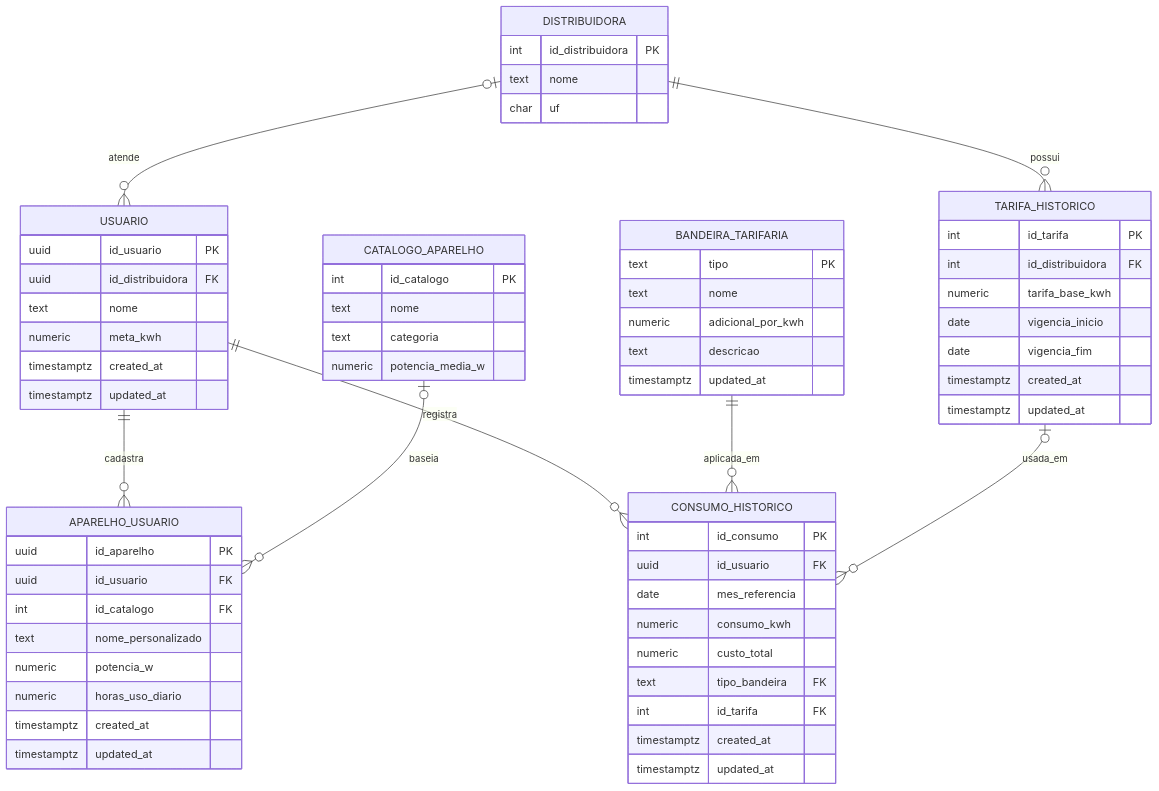
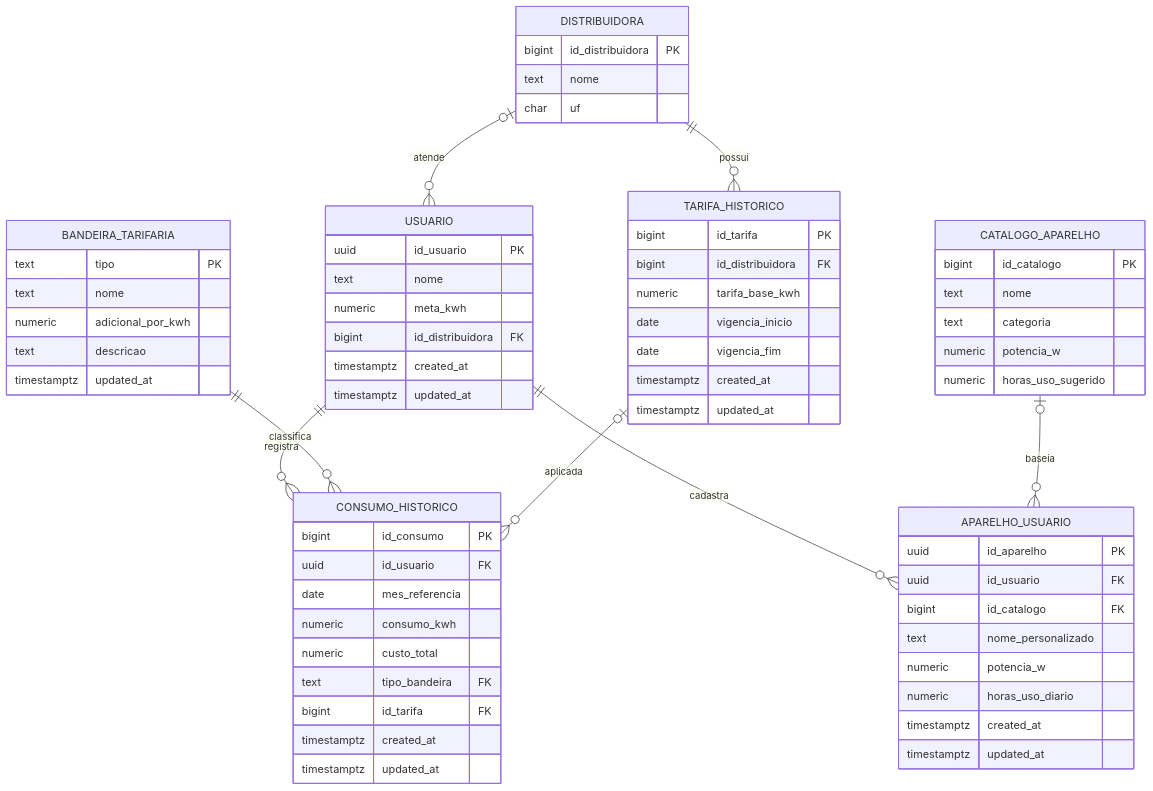
The second of 2 diagrams in README.md (Wadriancodes/EnergiaInteligente), drawn with Mermaid before and after one commit. The commit also changed other lines of this file, not shown here.

````diff
--- a/README.md
+++ b/README.md
@@ -57,67 +67,68 @@
 ```mermaid
 erDiagram
+    DISTRIBUIDORA ||--o{ TARIFA_HISTORICO : possui
     DISTRIBUIDORA |o--o{ USUARIO : atende
-    DISTRIBUIDORA ||--o{ TARIFA_HISTORICO : possui
     USUARIO ||--o{ APARELHO_USUARIO : cadastra
     USUARIO ||--o{ CONSUMO_HISTORICO : registra
     CATALOGO_APARELHO |o--o{ APARELHO_USUARIO : baseia
-    BANDEIRA_TARIFARIA ||--o{ CONSUMO_HISTORICO : aplicada_em
-    TARIFA_HISTORICO |o--o{ CONSUMO_HISTORICO : usada_em
+    BANDEIRA_TARIFARIA ||--o{ CONSUMO_HISTORICO : classifica
+    TARIFA_HISTORICO |o--o{ CONSUMO_HISTORICO : aplicada
 
     DISTRIBUIDORA {
-        int id_distribuidora PK
+        bigint id_distribuidora PK
         text nome
         char uf
     }
     CATALOGO_APARELHO {
-        int id_catalogo PK
+        bigint id_catalogo PK
         text nome
         text categoria
-        numeric potencia_media_w
+        numeric potencia_w
+        numeric horas_uso_sugerido
     }
     BANDEIRA_TARIFARIA {
         text tipo PK
         text nome
         numeric adicional_por_kwh
         text descricao
         timestamptz updated_at
     }
     USUARIO {
         uuid id_usuario PK
-        uuid id_distribuidora FK
         text nome
         numeric meta_kwh
+        bigint id_distribuidora FK
         timestamptz created_at
         timestamptz updated_at
     }
     TARIFA_HISTORICO {
-        int id_tarifa PK
-        int id_distribuidora FK
+        bigint id_tarifa PK
+        bigint id_distribuidora FK
         numeric tarifa_base_kwh
         date vigencia_inicio
         date vigencia_fim
         timestamptz created_at
         timestamptz updated_at
     }
     APARELHO_USUARIO {
         uuid id_aparelho PK
         uuid id_usuario FK
-        int id_catalogo FK
+        bigint id_catalogo FK
         text nome_personalizado
         numeric potencia_w
         numeric horas_uso_diario
         timestamptz created_at
         timestamptz updated_at
     }
     CONSUMO_HISTORICO {
-        int id_consumo PK
+        bigint id_consumo PK
         uuid id_usuario FK
         date mes_referencia
         numeric consumo_kwh
         numeric custo_total
         text tipo_bandeira FK
-        int id_tarifa FK
+        bigint id_tarifa FK
         timestamptz created_at
         timestamptz updated_at
     }
 ```
````
